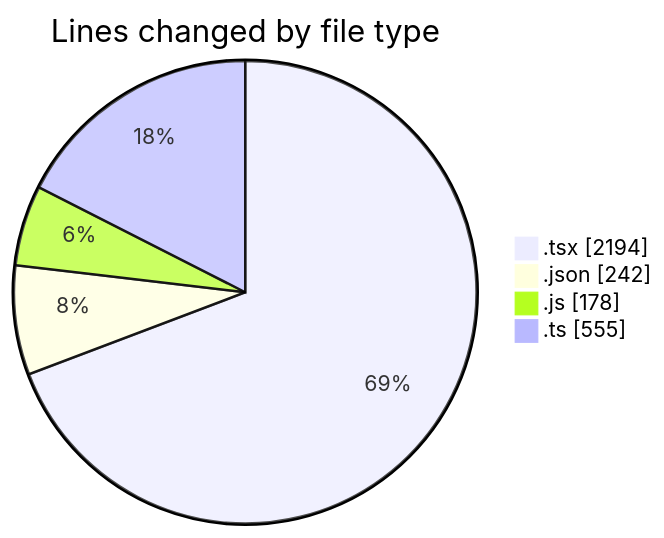
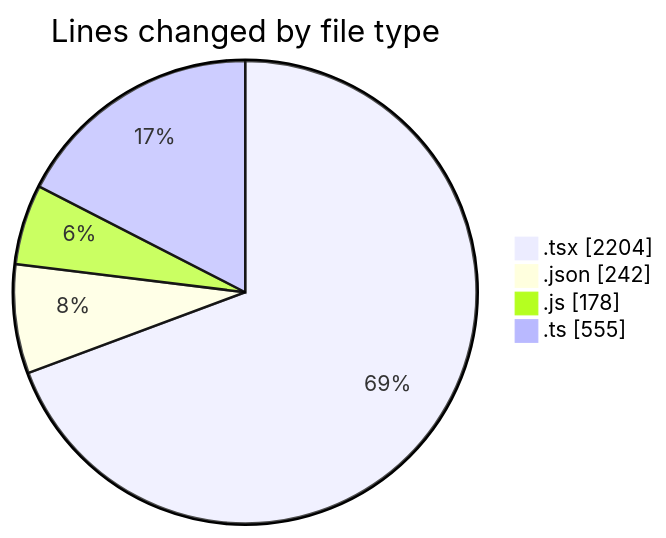
Before and after one commit to momahboobian/code-tracking: the first of 2 diagrams in 2026-08-07/cda/README.md, drawn with Mermaid. The commit also changed other lines of this file and 1 other file, not shown here.

````diff
--- a/2026-08-07/cda/README.md
+++ b/2026-08-07/cda/README.md
@@ -31,8 +31,8 @@
 ```mermaid
 pie showData
 title Lines changed by file type
-".tsx" : 2194
+".tsx" : 2204
 ".json" : 242
 ".js" : 178
 ".ts" : 555
 ```
````
